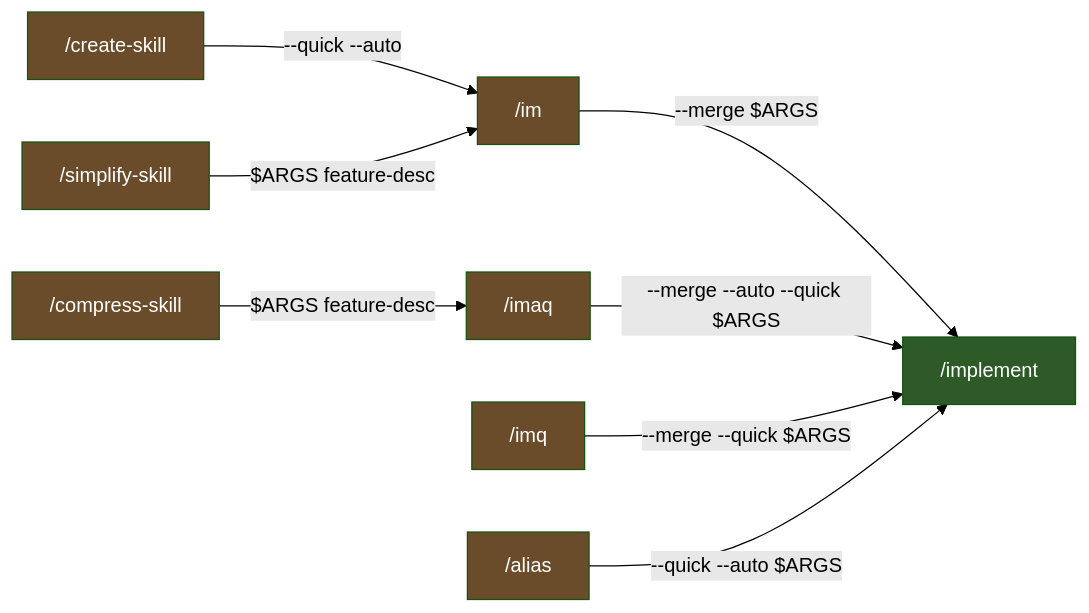
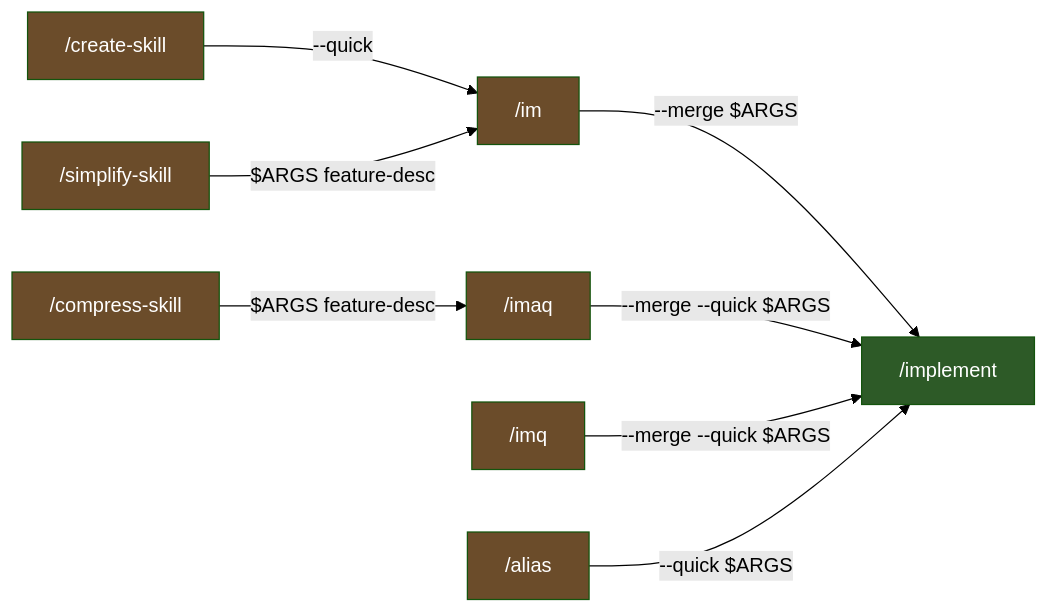
One commit to character-ai/larch changed the second of 3 diagrams in docs/workflow-lifecycle.md. Above: the diagram before and after it, drawn with Mermaid (forest theme). The commit also changed other lines of this file and 1 other file, not shown here.

Commit message:
Fix doc drift: remove --auto references from workflow-lifecycle.md and check-mid-run-dirty-tree.md

````diff
--- a/docs/workflow-lifecycle.md
+++ b/docs/workflow-lifecycle.md
@@ -42,19 +42,19 @@
 ```mermaid
 graph LR
-    CREATE["/create-skill"] -->|--quick --auto| IM
+    CREATE["/create-skill"] -->|--quick| IM
     SIMPLIFY["/simplify-skill"] -->|"$ARGS feature-desc"| IM
     COMPRESS["/compress-skill"] -->|"$ARGS feature-desc"| IMAQ
     IM["/im"] -->|--merge $ARGS| IMPLEMENT["/implement"]
-    IMAQ["/imaq"] -->|--merge --auto --quick $ARGS| IMPLEMENT
+    IMAQ["/imaq"] -->|--merge --quick $ARGS| IMPLEMENT
     IMQ["/imq"] -->|--merge --quick $ARGS| IMPLEMENT
-    ALIAS["/alias"] -->|--quick --auto $ARGS| IMPLEMENT
+    ALIAS["/alias"] -->|--quick $ARGS| IMPLEMENT
 
     style CREATE fill:#6b4c2a,color:#fff
     style SIMPLIFY fill:#6b4c2a,color:#fff
     style COMPRESS fill:#6b4c2a,color:#fff
     style IM fill:#6b4c2a,color:#fff
     style IMAQ fill:#6b4c2a,color:#fff
     style IMQ fill:#6b4c2a,color:#fff
     style ALIAS fill:#6b4c2a,color:#fff
     style IMPLEMENT fill:#2d5a27,color:#fff
 ```
````
